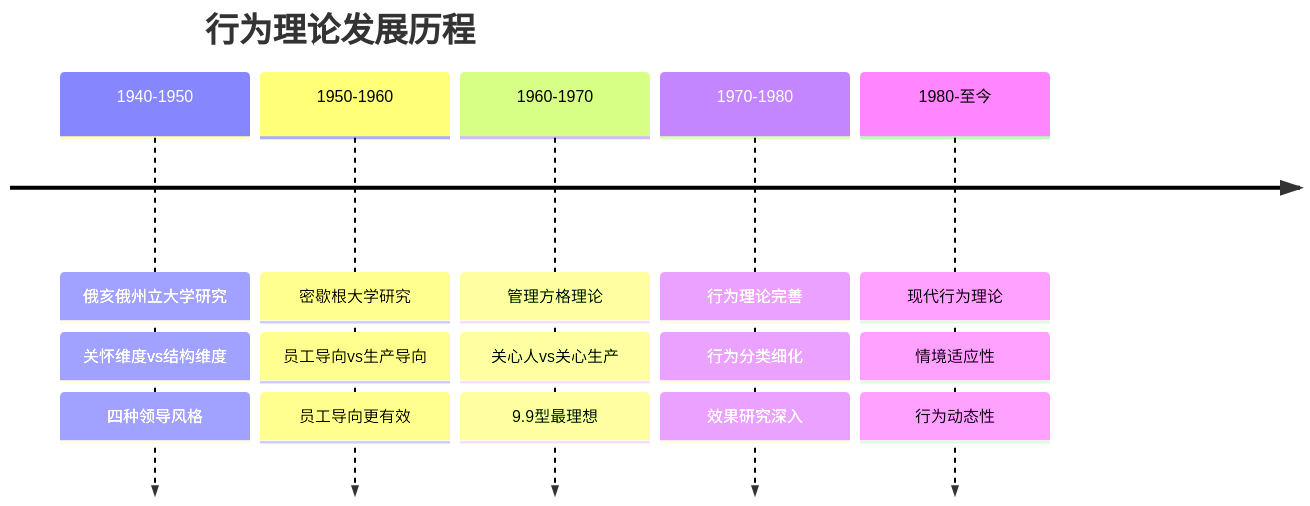
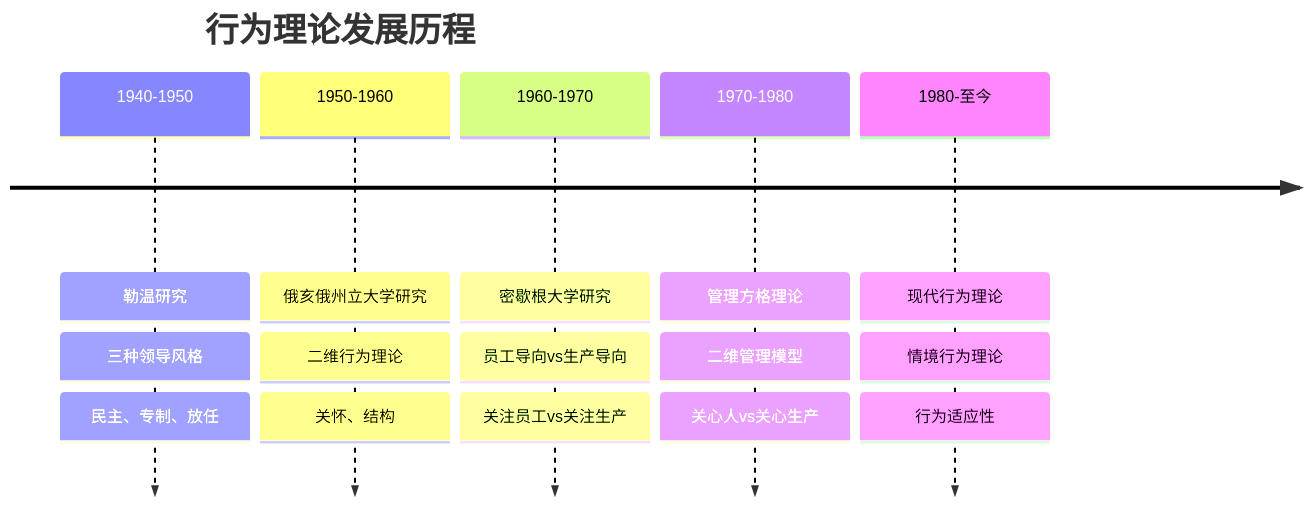
One commit to Anping2017/obsidian changed the first of 7 diagrams in 企业领导力/02-理论理解层/经典领导理论/02-行为理论.md. Above: the diagram before and after it, drawn with Mermaid. The commit also changed other lines of this file and 8 other files, not shown here.

````diff
--- a/企业领导力/02-理论理解层/经典领导理论/02-行为理论.md
+++ b/企业领导力/02-理论理解层/经典领导理论/02-行为理论.md
@@ -17,24 +17,24 @@
 ```mermaid
 timeline
     title 行为理论发展历程
     
-    1940-1950 : 俄亥俄州立大学研究
-                : 关怀维度vs结构维度
-                : 四种领导风格
+    1940-1950 : 勒温研究
+                : 三种领导风格
+                : 民主、专制、放任
     
-    1950-1960 : 密歇根大学研究
+    1950-1960 : 俄亥俄州立大学研究
+                : 二维行为理论
+                : 关怀、结构
+    
+    1960-1970 : 密歇根大学研究
                 : 员工导向vs生产导向
-                : 员工导向更有效
+                : 关注员工vs关注生产
     
-    1960-1970 : 管理方格理论
+    1970-1980 : 管理方格理论
+                : 二维管理模型
                 : 关心人vs关心生产
-                : 9.9型最理想
-    
-    1970-1980 : 行为理论完善
-                : 行为分类细化
-                : 效果研究深入
     
     1980-至今 : 现代行为理论
-                : 情境适应性
-                : 行为动态性
+                : 情境行为理论
+                : 行为适应性
 ```
````
